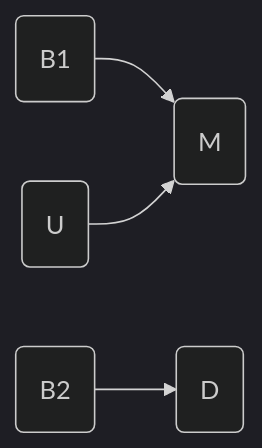
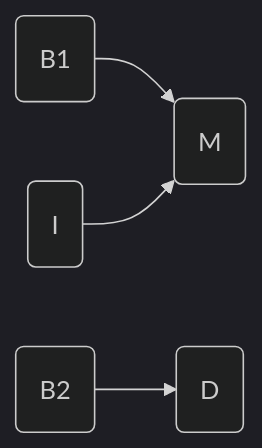
The fourth of 8 diagrams in blog_posts/regression_richard_mcelreath.md (erikaduan/textbook_notes), drawn with Mermaid (dark theme) before and after one commit. The commit also changed other lines of this file and 4 other files, not shown here.

````diff
--- a/blog_posts/regression_richard_mcelreath.md
+++ b/blog_posts/regression_richard_mcelreath.md
@@ -350,7 +385,7 @@
 ``` mermaid
 flowchart LR  
   A(B1) --> B(M) 
-  C(U) --> B
+  C(I) --> B
   
   D(B2) --> E(D)  
 ```
````
